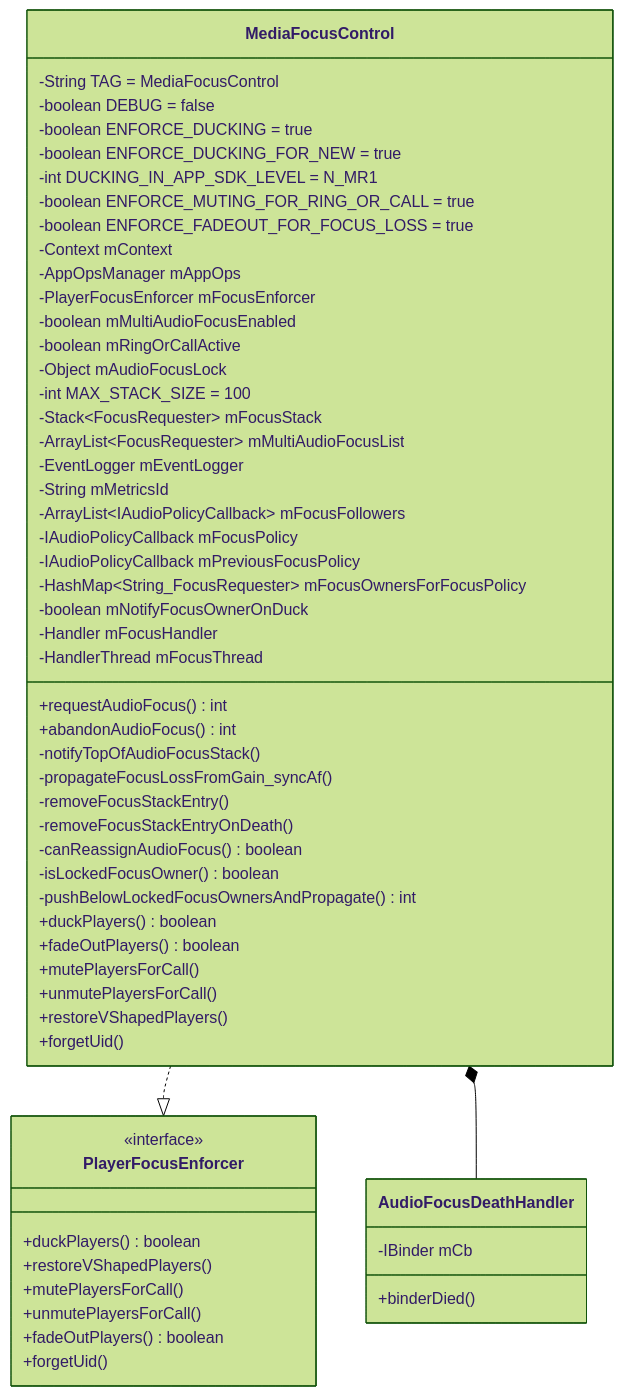
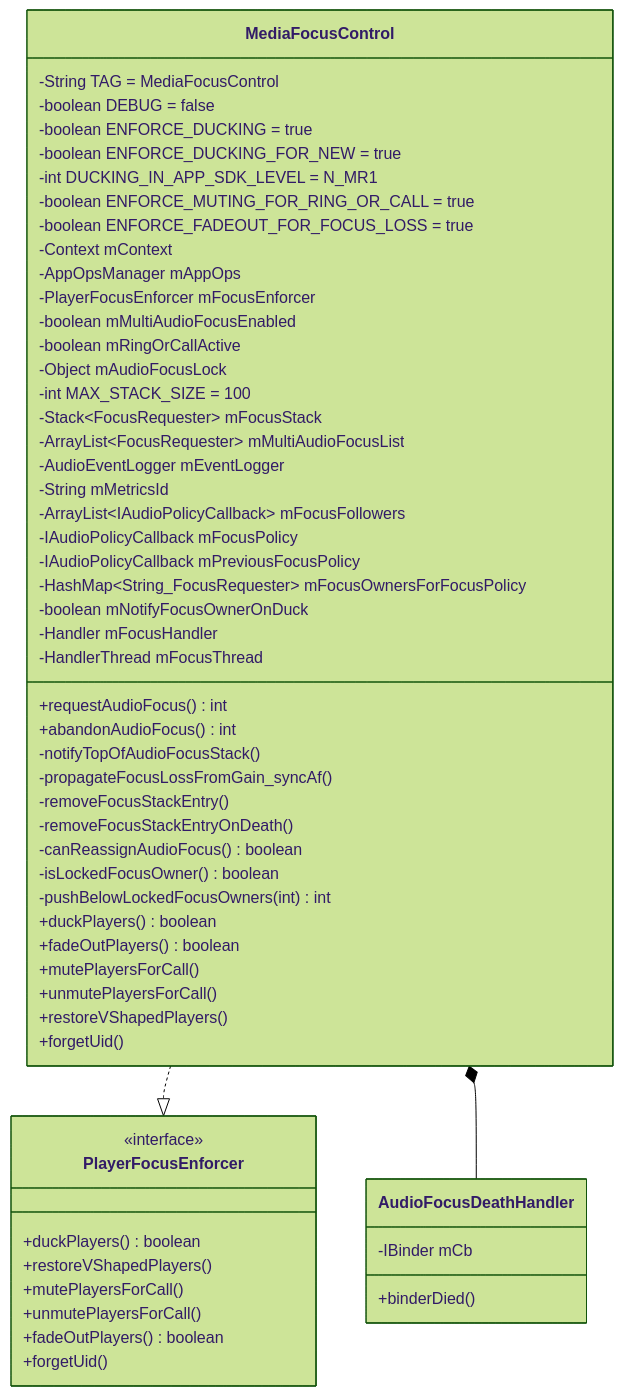
The first of 9 diagrams in 12_Audio_Focus_Deep_Dive/12_12.1_Focus栈模型与核心数据结构.md (yanglinzhen1022/SA8295_AAOS_QNX_Audio_KnowledgeBase), drawn with Mermaid (forest theme) before and after one commit. The commit also changed other lines of this file and 14 other files, not shown here.

````diff
--- a/12_Audio_Focus_Deep_Dive/12_12.1_Focus栈模型与核心数据结构.md
+++ b/12_Audio_Focus_Deep_Dive/12_12.1_Focus栈模型与核心数据结构.md
@@ -11,63 +11,63 @@
 ```mermaid
 classDiagram
     class MediaFocusControl {
         -String TAG = MediaFocusControl
         -boolean DEBUG = false
         -boolean ENFORCE_DUCKING = true
         -boolean ENFORCE_DUCKING_FOR_NEW = true
         -int DUCKING_IN_APP_SDK_LEVEL = N_MR1
         -boolean ENFORCE_MUTING_FOR_RING_OR_CALL = true
         -boolean ENFORCE_FADEOUT_FOR_FOCUS_LOSS = true
         -Context mContext
         -AppOpsManager mAppOps
         -PlayerFocusEnforcer mFocusEnforcer
         -boolean mMultiAudioFocusEnabled
         -boolean mRingOrCallActive
         -Object mAudioFocusLock
         -int MAX_STACK_SIZE = 100
         -Stack~FocusRequester~ mFocusStack
         -ArrayList~FocusRequester~ mMultiAudioFocusList
-        -EventLogger mEventLogger
+        -AudioEventLogger mEventLogger
         -String mMetricsId
         -ArrayList~IAudioPolicyCallback~ mFocusFollowers
         -IAudioPolicyCallback mFocusPolicy
         -IAudioPolicyCallback mPreviousFocusPolicy
         -HashMap~String_FocusRequester~ mFocusOwnersForFocusPolicy
         -boolean mNotifyFocusOwnerOnDuck
         -Handler mFocusHandler
         -HandlerThread mFocusThread
         +requestAudioFocus() int
         +abandonAudioFocus() int
         -notifyTopOfAudioFocusStack()
         -propagateFocusLossFromGain_syncAf()
         -removeFocusStackEntry()
         -removeFocusStackEntryOnDeath()
         -canReassignAudioFocus() boolean
         -isLockedFocusOwner() boolean
-        -pushBelowLockedFocusOwnersAndPropagate() int
+        -pushBelowLockedFocusOwners(int) int
         +duckPlayers() boolean
         +fadeOutPlayers() boolean
         +mutePlayersForCall()
         +unmutePlayersForCall()
         +restoreVShapedPlayers()
         +forgetUid()
     }
 
     class PlayerFocusEnforcer {
         <<interface>>
         +duckPlayers() boolean
         +restoreVShapedPlayers()
         +mutePlayersForCall()
         +unmutePlayersForCall()
         +fadeOutPlayers() boolean
         +forgetUid()
     }
 
     class AudioFocusDeathHandler {
         -IBinder mCb
         +binderDied()
     }
 
     MediaFocusControl ..|> PlayerFocusEnforcer
     MediaFocusControl *-- AudioFocusDeathHandler
 ```
````
